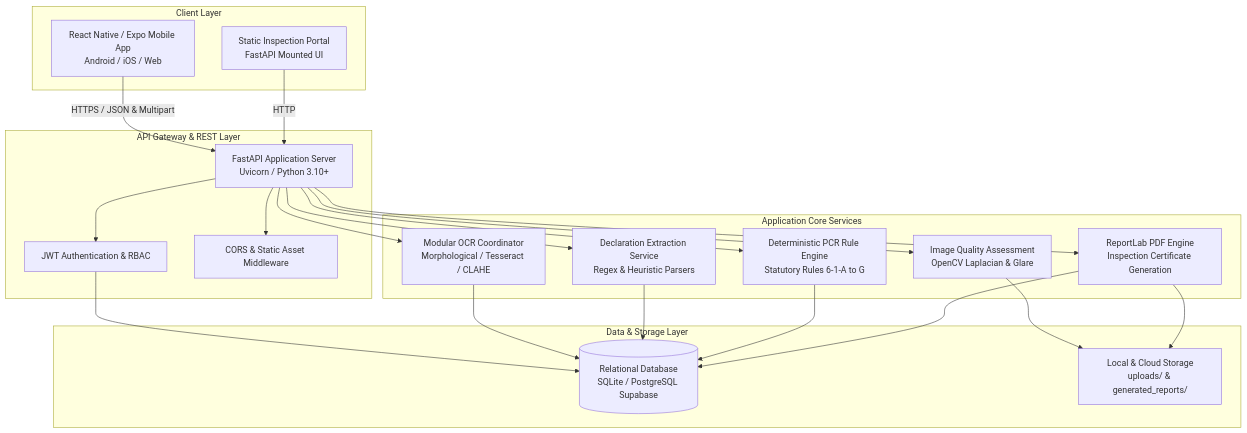
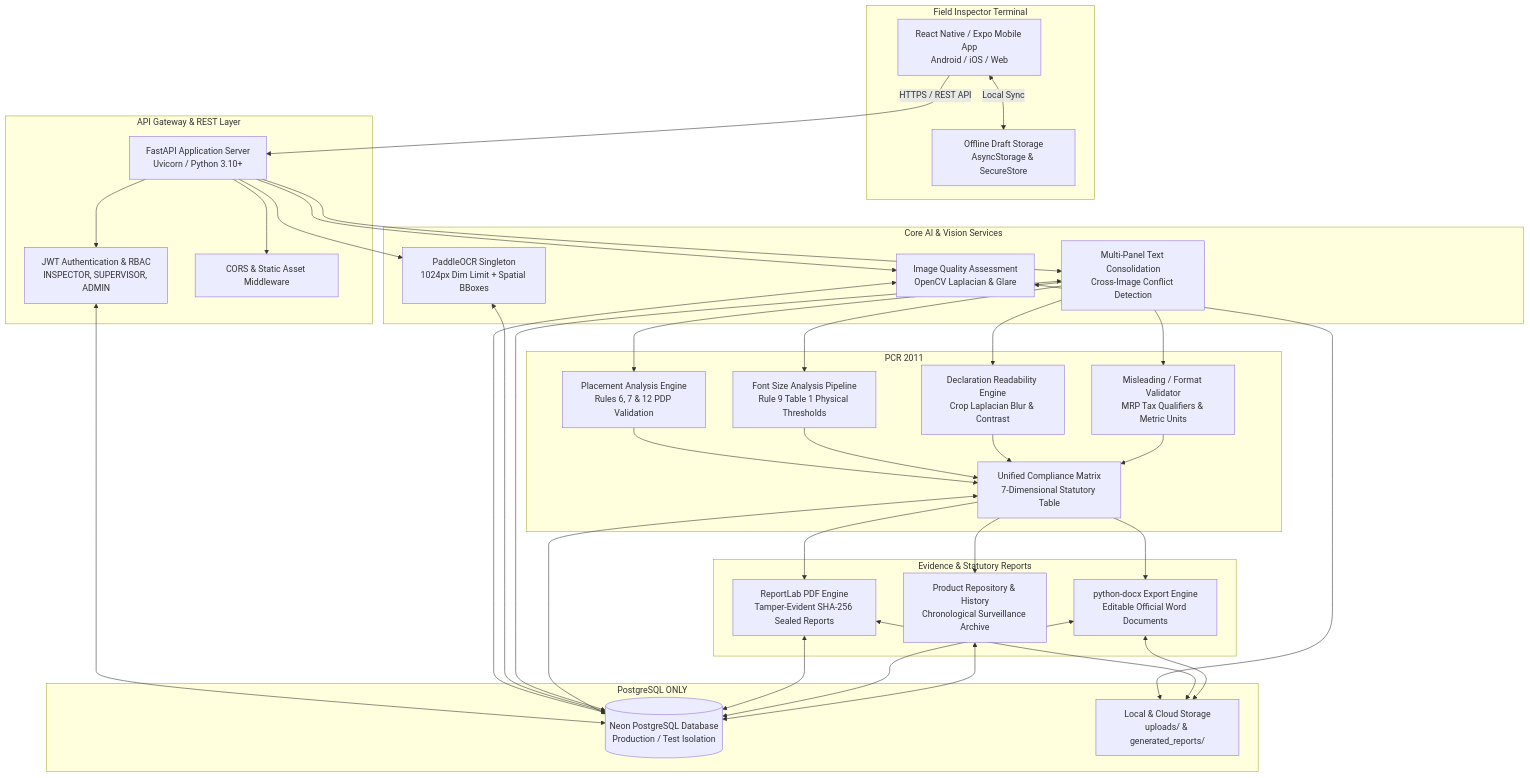
The first of 2 diagrams in docs/architecture.md (ankeshbit/Niriksha), drawn with Mermaid before and after one commit. The commit also changed other lines of this file and 20 other files, not shown here.

First line of the commit message:
feat(compliance): complete SIH PS 26034 legal metrology functional gaps

````diff
--- a/docs/architecture.md
+++ b/docs/architecture.md
@@ -17,43 +34,56 @@
 ```mermaid
 flowchart TD
-    subgraph Client Layer
+    subgraph Client Layer [Field Inspector Terminal]
         A[React Native / Expo Mobile App<br/>Android / iOS / Web]
-        B[Static Inspection Portal<br/>FastAPI Mounted UI]
+        A1[Offline Draft Storage<br/>AsyncStorage & SecureStore]
     end
 
     subgraph API Gateway & REST Layer
         C[FastAPI Application Server<br/>Uvicorn / Python 3.10+]
-        D[JWT Authentication & RBAC]
+        D[JWT Authentication & RBAC<br/>INSPECTOR, SUPERVISOR, ADMIN]
         E[CORS & Static Asset Middleware]
     end
 
-    subgraph Application Core Services
+    subgraph Core AI & Vision Services
         F[Image Quality Assessment<br/>OpenCV Laplacian & Glare]
-        G[Modular OCR Coordinator<br/>Morphological / Tesseract / CLAHE]
-        H[Declaration Extraction Service<br/>Regex & Heuristic Parsers]
-        I[Deterministic PCR Rule Engine<br/>Statutory Rules 6-1-A to G]
-        J[ReportLab PDF Engine<br/>Inspection Certificate Generation]
+        G[PaddleOCR Singleton<br/>1024px Dim Limit + Spatial BBoxes]
+        H[Multi-Panel Text Consolidation<br/>Cross-Image Conflict Detection]
     end
 
-    subgraph Data & Storage Layer
-        K[(Relational Database<br/>SQLite / PostgreSQL Supabase)]
+    subgraph Legal Metrology Compliance Engine [PCR 2011]
+        I1[Placement Analysis Engine<br/>Rules 6, 7 & 12 PDP Validation]
+        I2[Font Size Analysis Pipeline<br/>Rule 9 Table 1 Physical Thresholds]
+        I3[Declaration Readability Engine<br/>Crop Laplacian Blur & Contrast]
+        I4[Misleading / Format Validator<br/>MRP Tax Qualifiers & Metric Units]
+        I5[Unified Compliance Matrix<br/>7-Dimensional Statutory Table]
+    end
+
+    subgraph Evidence & Statutory Reports
+        J1[ReportLab PDF Engine<br/>Tamper-Evident SHA-256 Sealed Reports]
+        J2[python-docx Export Engine<br/>Editable Official Word Documents]
+        J3[Product Repository & History<br/>Chronological Surveillance Archive]
+    end
+
+    subgraph Persistence Layer [PostgreSQL ONLY]
+        K[(Neon PostgreSQL Database<br/>Production / Test Isolation)]
         L[Local & Cloud Storage<br/>uploads/ & generated_reports/]
     end
 
-    A -->|HTTPS / JSON & Multipart| C
-    B -->|HTTP| C
+    A -->|HTTPS / REST API| C
+    A <-->|Local Sync| A1
     C --> D
     C --> E
     C --> F
     C --> G
     C --> H
-    C --> I
-    C --> J
-    D --> K
-    F --> L
-    G --> K
-    H --> K
-    I --> K
-    J --> L
-    J --> K
+    H --> I1
+    H --> I2
+    H --> I3
+    H --> I4
+    I1 & I2 & I3 & I4 --> I5
+    I5 --> J1
+    I5 --> J2
+    I5 --> J3
+    D & F & G & H & I5 & J1 & J2 & J3 <--> K
+    F & J1 & J2 <--> L
 ```
````
